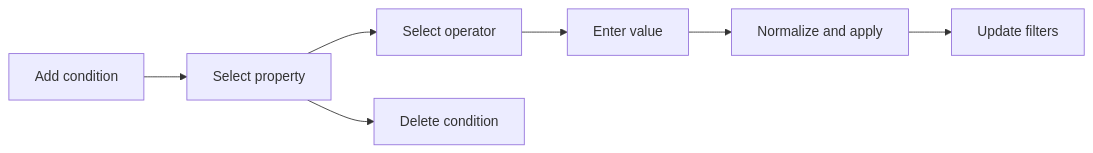
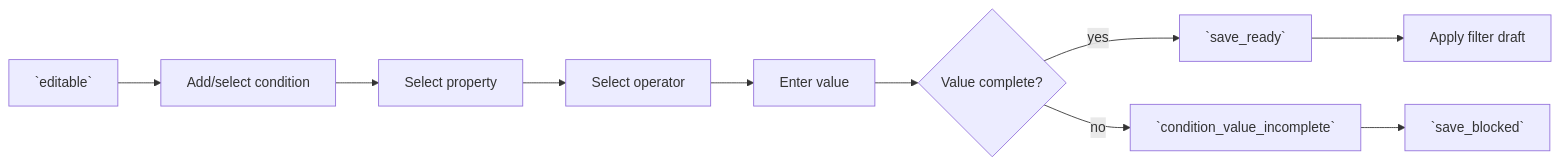
The diagram in PRODUCT/05_FEATURE_SPECS/rcl/flows/collection_condition_editing_flow.md (voyager-labs/VoyagerSwiftACP), drawn with Mermaid before and after one commit. The commit also changed other lines of this file and 3 other files, not shown here.

First line of the commit message:
RCL split flow의 filter editing contract 참조 보강

````diff
--- a/PRODUCT/05_FEATURE_SPECS/rcl/flows/collection_condition_editing_flow.md
+++ b/PRODUCT/05_FEATURE_SPECS/rcl/flows/collection_condition_editing_flow.md
@@ -21,9 +21,12 @@
 ```mermaid
 flowchart LR
-  A[Add condition] --> B[Select property]
-  B --> C[Select operator]
-  C --> D[Enter value]
-  D --> E[Normalize and apply]
-  E --> F[Update filters]
-  B --> G[Delete condition]
+  A[`editable`] --> B[Add/select condition]
+  B --> C[Select property]
+  C --> D[Select operator]
+  D --> E[Enter value]
+  E --> F{Value complete?}
+  F -->|yes| G[`save_ready`]
+  F -->|no| H[`condition_value_incomplete`]
+  H --> I[`save_blocked`]
+  G --> J[Apply filter draft]
 ```
````
